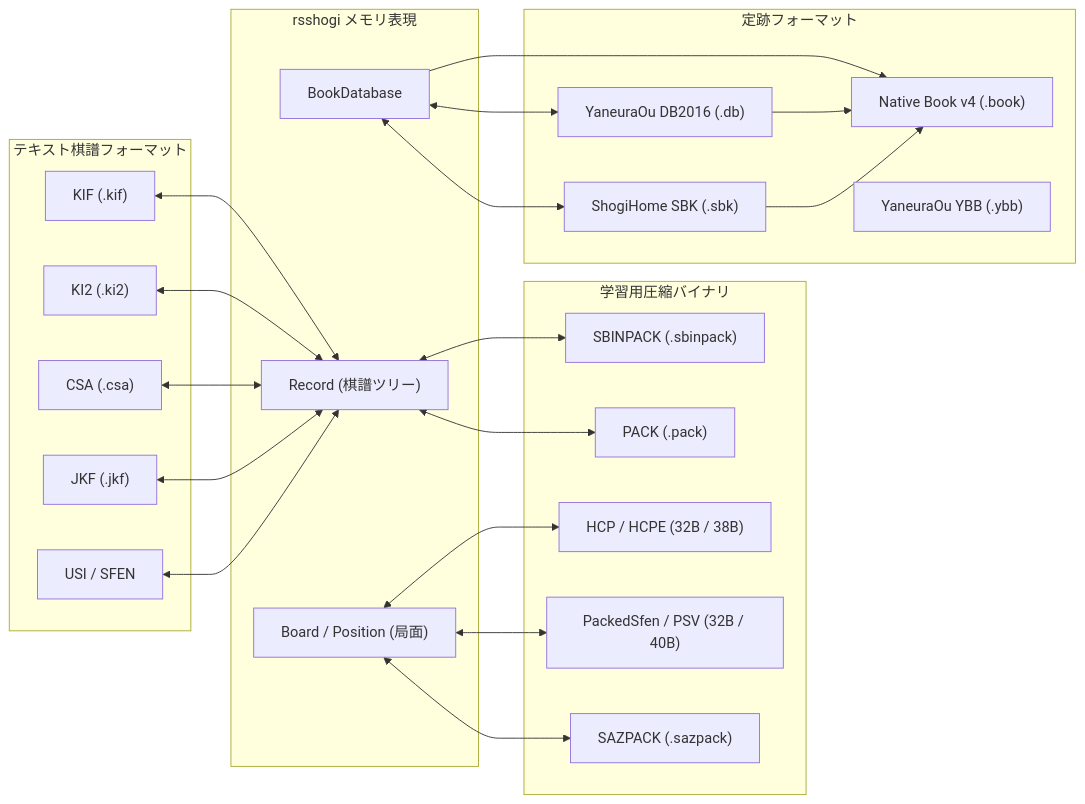
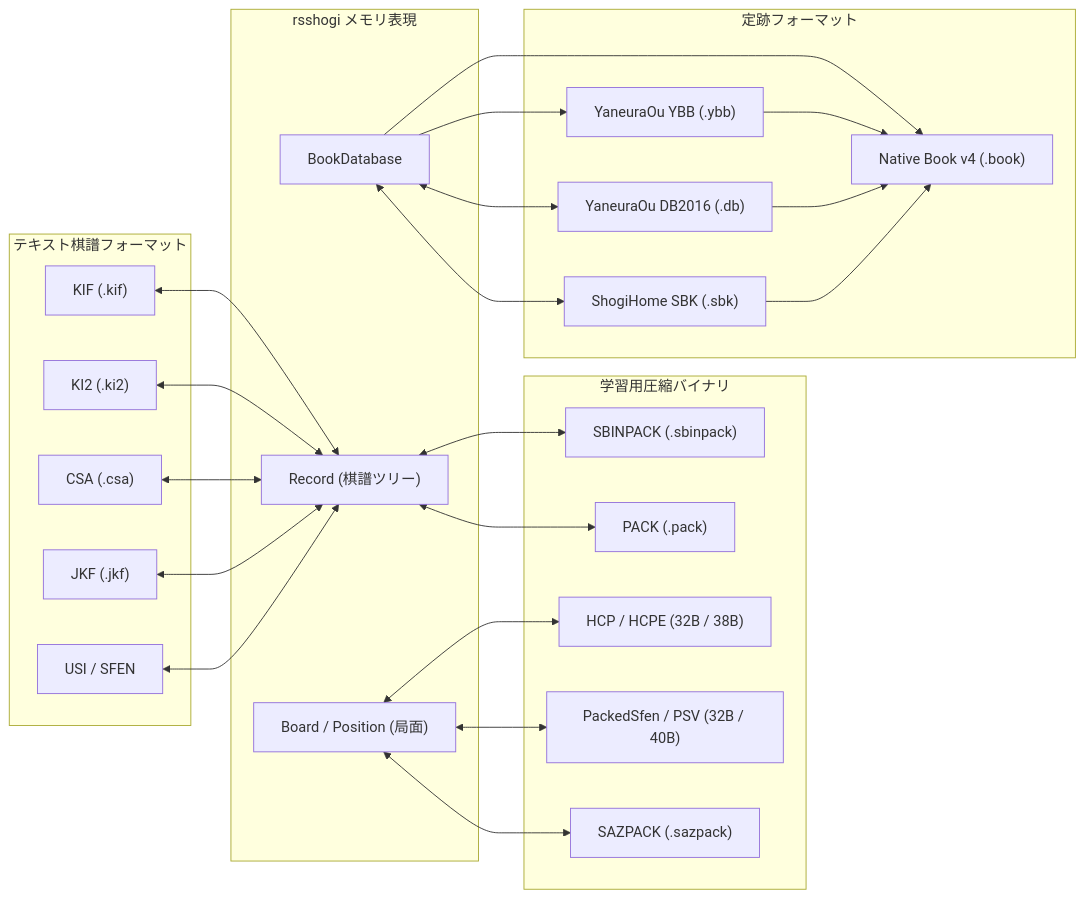
Before and after one commit to nyoki-mtl/rsshogi: the diagram in docs/book/src/reference/formats/index.md, drawn with Mermaid. The commit also changed other lines of this file and 66 other files, not shown here.

````diff
--- a/docs/book/src/reference/formats/index.md
+++ b/docs/book/src/reference/formats/index.md
@@ -10,47 +10,49 @@
 ```mermaid
 flowchart LR
     subgraph TextRecords["テキスト棋譜フォーマット"]
         KIF["KIF (.kif)"]
         KI2["KI2 (.ki2)"]
         CSA["CSA (.csa)"]
         JKF["JKF (.jkf)"]
         USI["USI / SFEN"]
     end
 
     subgraph CoreIR["rsshogi メモリ表現"]
         Record["Record (棋譜ツリー)"]
         Position["Board / Position (局面)"]
         BookIR["BookDatabase"]
     end
 
     subgraph TrainingBin["学習用圧縮バイナリ"]
         SBIN["SBINPACK (.sbinpack)"]
         PACK["PACK (.pack)"]
         HCP["HCP / HCPE (32B / 38B)"]
         PSV["PackedSfen / PSV (32B / 40B)"]
         SAZ["SAZPACK (.sazpack)"]
     end
 
     subgraph BookFormats["定跡フォーマット"]
         NativeBook["Native Book v4 (.book)"]
         DB2016["YaneuraOu DB2016 (.db)"]
         YBB["YaneuraOu YBB (.ybb)"]
         SBK["ShogiHome SBK (.sbk)"]
     end
 
     KIF <--> Record
     KI2 <--> Record
     CSA <--> Record
     JKF <--> Record
     USI <--> Record
     Record <--> SBIN
     Record <--> PACK
     Position <--> HCP
     Position <--> PSV
     Position <--> SAZ
     BookIR --> NativeBook
     BookIR <--> DB2016
+    BookIR --> YBB
     BookIR <--> SBK
+    YBB --> NativeBook
     DB2016 --> NativeBook
     SBK --> NativeBook
 ```
````
